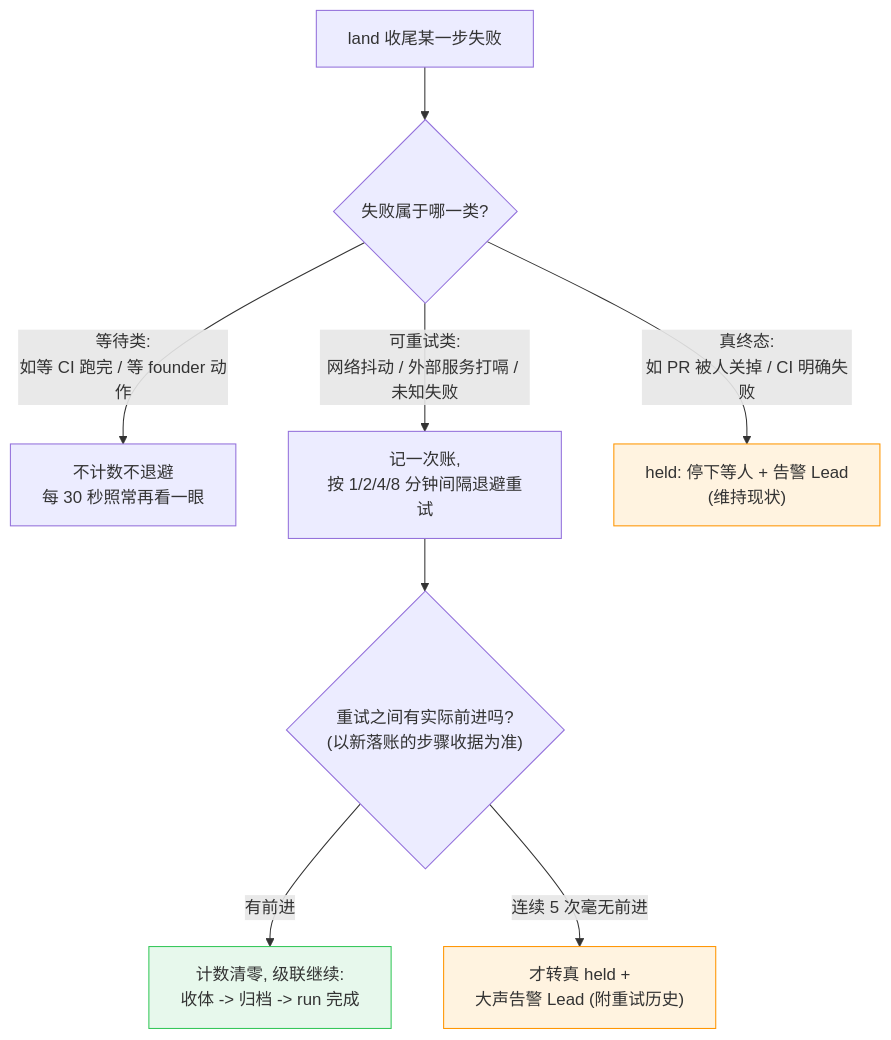
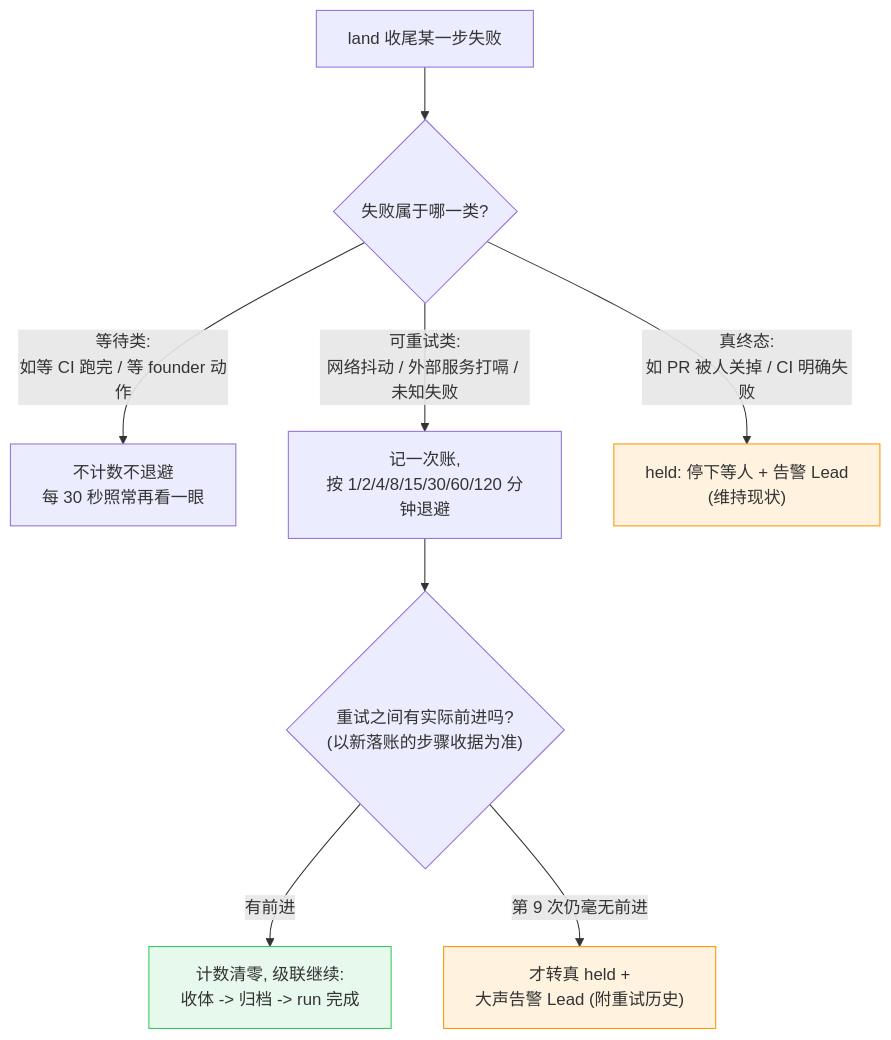
One commit to xrliAnnie/flywheel-qa-sandbox changed the diagram in engineering/doc/FLY-1770-land-closeout-selfheal/d2-retry.mmd. Above: the diagram before and after it, drawn with Mermaid. The commit also changed 16 other files, not shown here.

```diff
--- a/engineering/doc/FLY-1770-land-closeout-selfheal/d2-retry.mmd
+++ b/engineering/doc/FLY-1770-land-closeout-selfheal/d2-retry.mmd
@@ -1,11 +1,11 @@
 flowchart TD
   S["land 收尾某一步失败"] --> C{"失败属于哪一类?"}
   C -->|"等待类:<br/>如等 CI 跑完 / 等 founder 动作"| W["不计数不退避<br/>每 30 秒照常再看一眼"]
-  C -->|"可重试类:<br/>网络抖动 / 外部服务打嗝 / 未知失败"| R["记一次账,<br/>按 1/2/4/8 分钟间隔退避重试"]
+  C -->|"可重试类:<br/>网络抖动 / 外部服务打嗝 / 未知失败"| R["记一次账,<br/>按 1/2/4/8/15/30/60/120 分钟退避"]
   C -->|"真终态:<br/>如 PR 被人关掉 / CI 明确失败"| T["held: 停下等人 + 告警 Lead<br/>(维持现状)"]
   R --> P{"重试之间有实际前进吗?<br/>(以新落账的步骤收据为准)"}
   P -->|"有前进"| Z["计数清零, 级联继续:<br/>收体 -> 归档 -> run 完成"]
-  P -->|"连续 5 次毫无前进"| X["才转真 held +<br/>大声告警 Lead (附重试历史)"]
+  P -->|"第 9 次仍毫无前进"| X["才转真 held +<br/>大声告警 Lead (附重试历史)"]
   style Z fill:#e7f8ec,stroke:#34c759
   style X fill:#fff3e0,stroke:#ff9500
   style T fill:#fff3e0,stroke:#ff9500
```
